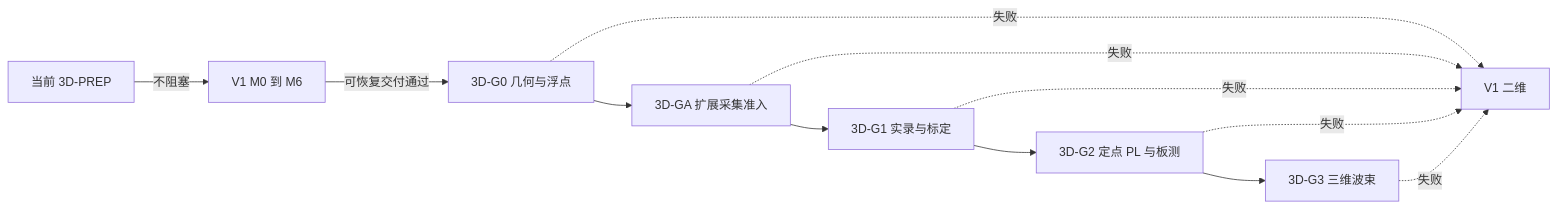
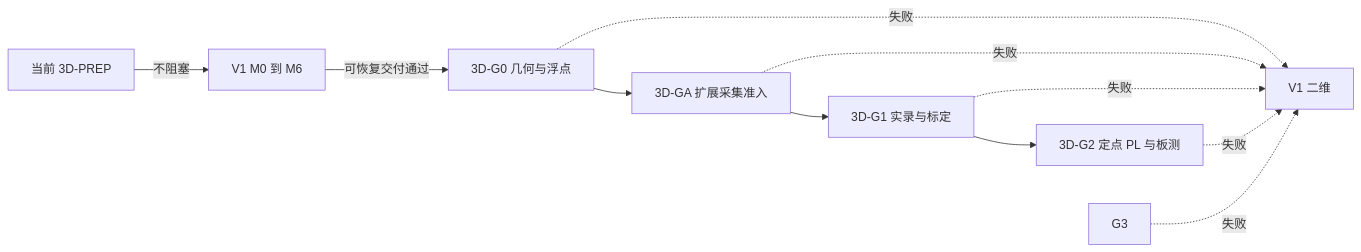
The third of 3 diagrams in document/history/three-dimensional-doa-engineering-guide.md (TophBeifong1744/SoundSight), drawn with Mermaid before and after one commit. The commit also changed other lines of this file and 86 other files, not shown here.

````diff
--- a/document/history/three-dimensional-doa-engineering-guide.md
+++ b/document/history/three-dimensional-doa-engineering-guide.md
@@ -359,14 +311,13 @@
 ```mermaid
 flowchart LR
     P[当前 3D-PREP] -->|不阻塞| V[V1 M0 到 M6]
     V -->|可恢复交付通过| G0[3D-G0 几何与浮点]
     G0 --> GA[3D-GA 扩展采集准入]
     GA --> G1[3D-G1 实录与标定]
     G1 --> G2[3D-G2 定点 PL 与板测]
-    G2 --> G3[3D-G3 三维波束]
     G0 -.失败.-> R[V1 二维]
     GA -.失败.-> R
     G1 -.失败.-> R
     G2 -.失败.-> R
     G3 -.失败.-> R
 ```
````
